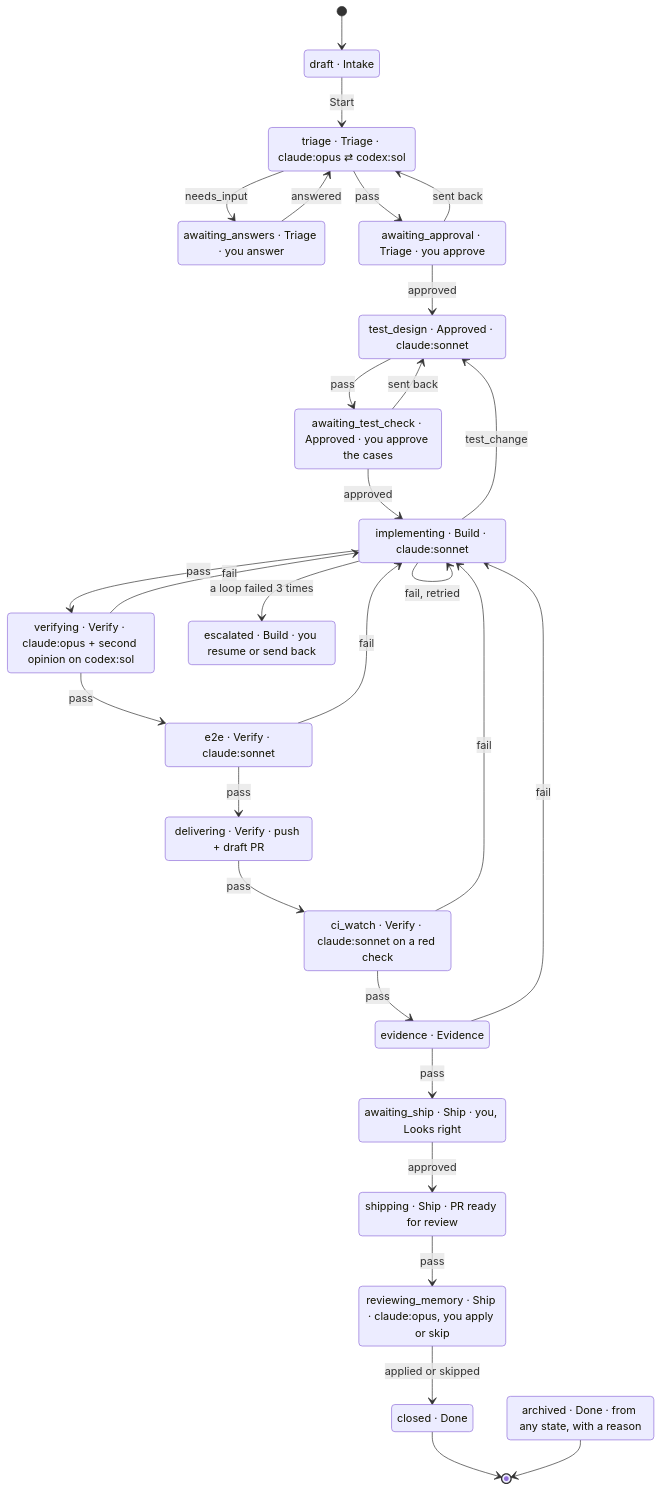
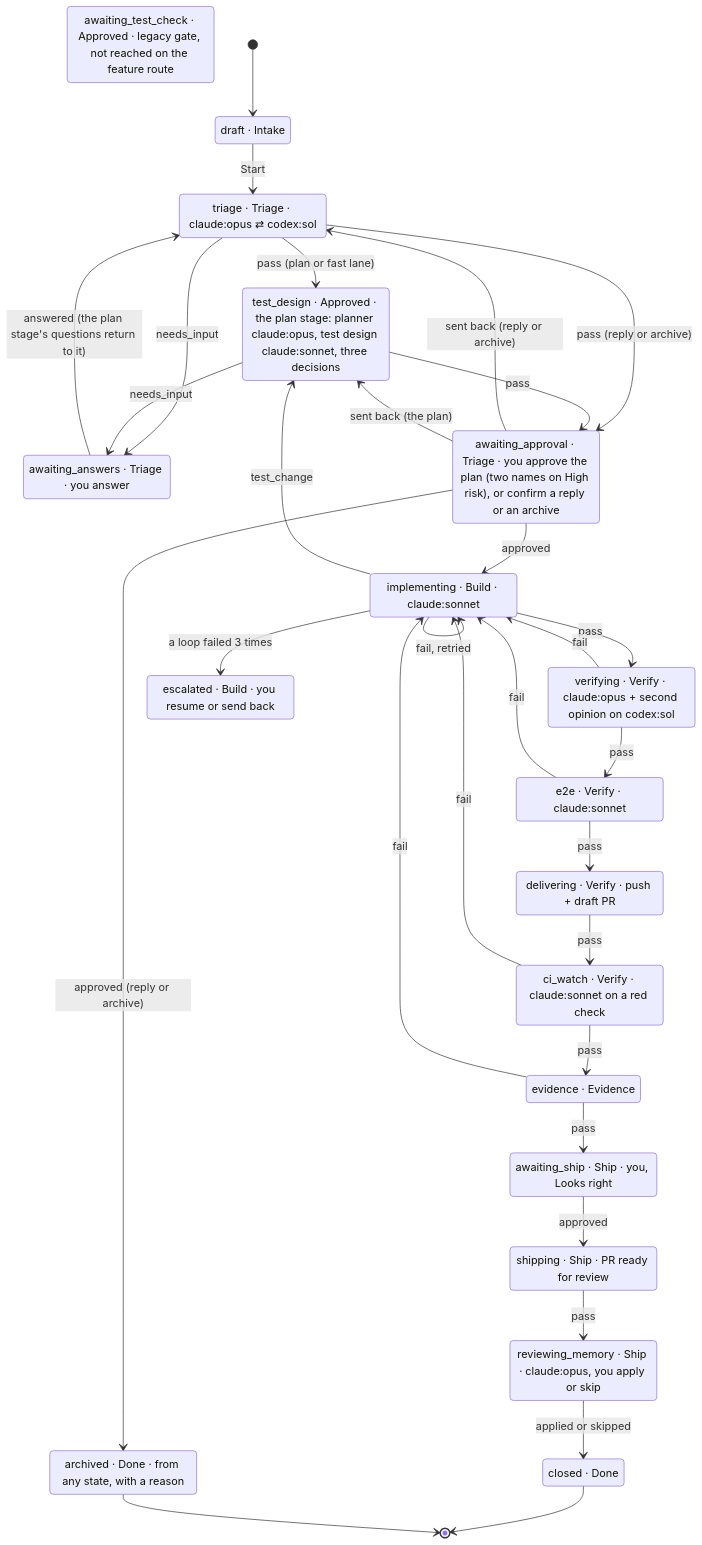
One commit to HigorAlves/luna-tui changed the second of 3 diagrams in docs/architecture.md. Above: the diagram before and after it, drawn with Mermaid. The commit also changed other lines of this file and 9 other files, not shown here.

Commit message:
docs: wave 1 of RFC 0005; triage_signals eval checks for urgency, risk and archive; triage evals read the record

````diff
--- a/docs/architecture.md
+++ b/docs/architecture.md
@@ -103,51 +106,53 @@
 ```mermaid
 stateDiagram-v2
   direction TB
   draft: draft · Intake
   triage: triage · Triage · claude:opus ⇄ codex:sol
   awaiting_answers: awaiting_answers · Triage · you answer
-  awaiting_approval: awaiting_approval · Triage · you approve
-  test_design: test_design · Approved · claude:sonnet
-  awaiting_test_check: awaiting_test_check · Approved · you approve the cases
+  awaiting_approval: awaiting_approval · Triage · you approve the plan (two names on High risk), or confirm a reply or an archive
+  test_design: test_design · Approved · the plan stage: planner claude:opus, test design claude:sonnet, three decisions
+  awaiting_test_check: awaiting_test_check · Approved · legacy gate, not reached on the feature route
   implementing: implementing · Build · claude:sonnet
   verifying: verifying · Verify · claude:opus + second opinion on codex:sol
   e2e: e2e · Verify · claude:sonnet
   delivering: delivering · Verify · push + draft PR
   ci_watch: ci_watch · Verify · claude:sonnet on a red check
   evidence: evidence · Evidence
   awaiting_ship: awaiting_ship · Ship · you, Looks right
   shipping: shipping · Ship · PR ready for review
   reviewing_memory: reviewing_memory · Ship · claude:opus, you apply or skip
   escalated: escalated · Build · you resume or send back
   closed: closed · Done
   archived: archived · Done · from any state, with a reason
 
   [*] --> draft
   draft --> triage: Start
   triage --> awaiting_answers: needs_input
-  awaiting_answers --> triage: answered
-  triage --> awaiting_approval: pass
-  awaiting_approval --> triage: sent back
-  awaiting_approval --> test_design: approved
-  test_design --> awaiting_test_check: pass
-  awaiting_test_check --> test_design: sent back
-  awaiting_test_check --> implementing: approved
+  awaiting_answers --> triage: answered (the plan stage's questions return to it)
+  triage --> test_design: pass (plan or fast lane)
+  triage --> awaiting_approval: pass (reply or archive)
+  awaiting_approval --> triage: sent back (reply or archive)
+  awaiting_approval --> archived: approved (reply or archive)
+  test_design --> awaiting_approval: pass
+  test_design --> awaiting_answers: needs_input
+  awaiting_approval --> test_design: sent back (the plan)
+  awaiting_approval --> implementing: approved
   implementing --> verifying: pass
   implementing --> implementing: fail, retried
   implementing --> test_design: test_change
   verifying --> e2e: pass
   e2e --> delivering: pass
   delivering --> ci_watch: pass
   ci_watch --> evidence: pass
   evidence --> awaiting_ship: pass
   verifying --> implementing: fail
   e2e --> implementing: fail
   ci_watch --> implementing: fail
   evidence --> implementing: fail
   implementing --> escalated: a loop failed 3 times
   awaiting_ship --> shipping: approved
   shipping --> reviewing_memory: pass
   reviewing_memory --> closed: applied or skipped
   closed --> [*]
   archived --> [*]
 ```
````
